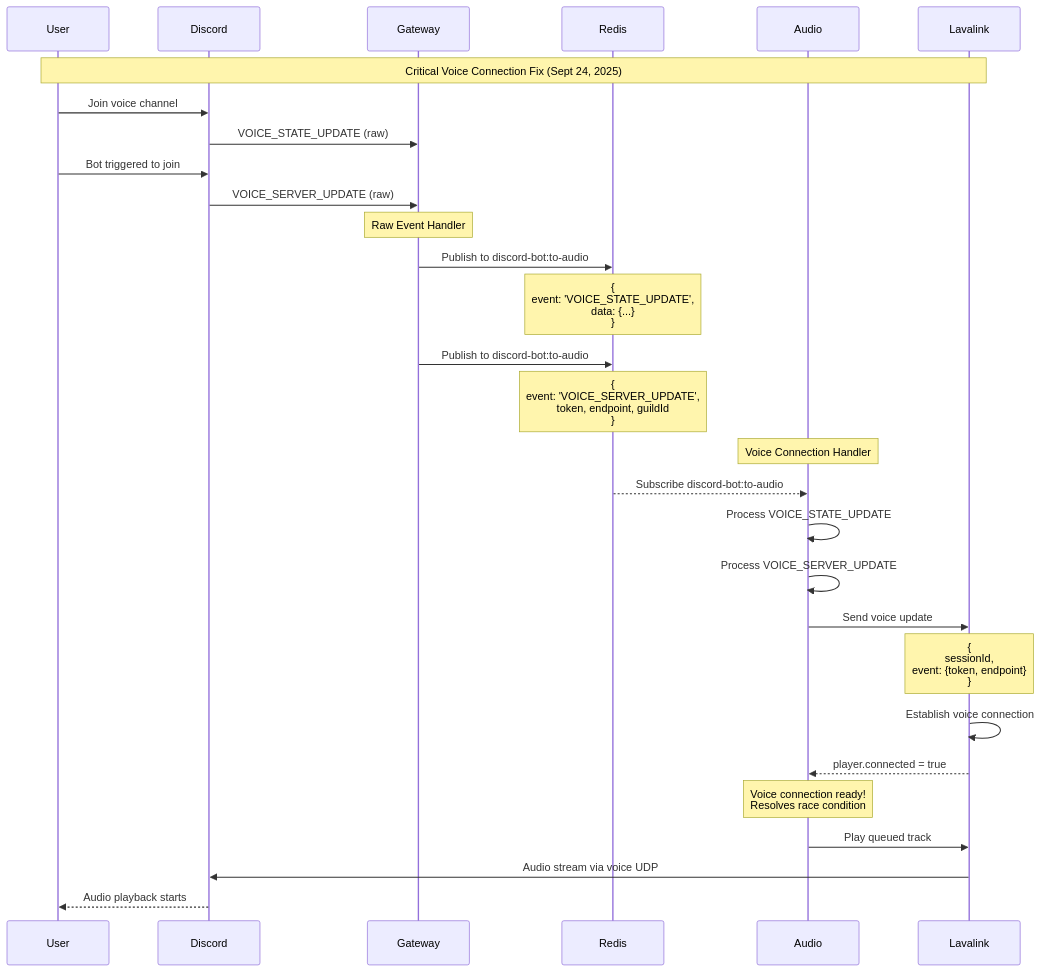
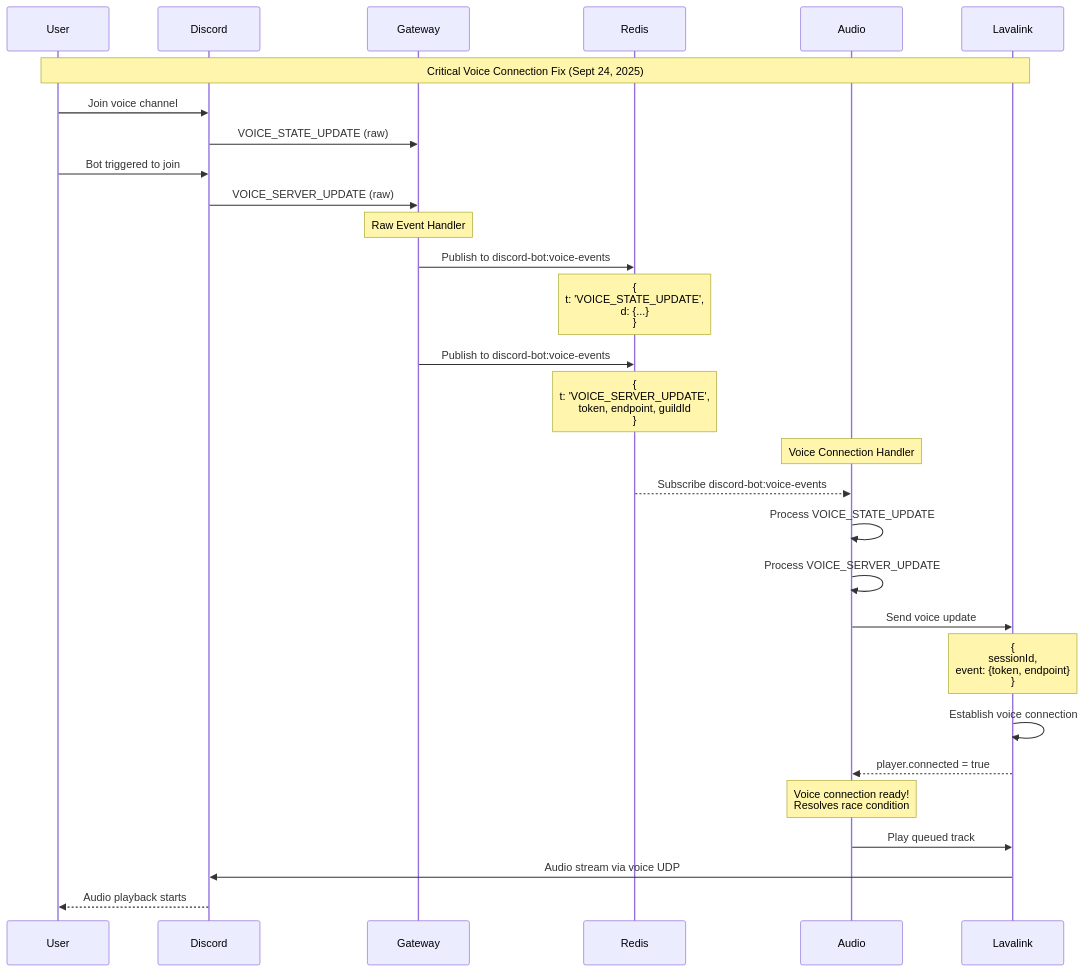
Before and after one commit to Lucascis/discord_bot: the second of 7 diagrams in docs/architecture/diagrams/data-flow.md, drawn with Mermaid. The commit also changed other lines of this file and 135 other files, not shown here.

First line of the commit message:
Stabilize platform modules and remove commercial plan flows

````diff
--- a/docs/architecture/diagrams/data-flow.md
+++ b/docs/architecture/diagrams/data-flow.md
@@ -103,44 +103,44 @@
 ```mermaid
 sequenceDiagram
     participant User
     participant Discord
     participant Gateway
     participant Redis
     participant Audio
     participant Lavalink
 
     Note over User,Lavalink: Critical Voice Connection Fix (Sept 24, 2025)
 
     User->>Discord: Join voice channel
     Discord->>Gateway: VOICE_STATE_UPDATE (raw)
 
     User->>Discord: Bot triggered to join
     Discord->>Gateway: VOICE_SERVER_UPDATE (raw)
 
     Note over Gateway: Raw Event Handler
 
-    Gateway->>Redis: Publish to discord-bot:to-audio
-    Note over Redis: {<br/>event: 'VOICE_STATE_UPDATE',<br/>data: {...}<br/>}
+    Gateway->>Redis: Publish to discord-bot:voice-events
+    Note over Redis: {<br/>t: 'VOICE_STATE_UPDATE',<br/>d: {...}<br/>}
 
-    Gateway->>Redis: Publish to discord-bot:to-audio
-    Note over Redis: {<br/>event: 'VOICE_SERVER_UPDATE',<br/>token, endpoint, guildId<br/>}
+    Gateway->>Redis: Publish to discord-bot:voice-events
+    Note over Redis: {<br/>t: 'VOICE_SERVER_UPDATE',<br/>token, endpoint, guildId<br/>}
 
     Note over Audio: Voice Connection Handler
 
-    Redis-->>Audio: Subscribe discord-bot:to-audio
+    Redis-->>Audio: Subscribe discord-bot:voice-events
     Audio->>Audio: Process VOICE_STATE_UPDATE
     Audio->>Audio: Process VOICE_SERVER_UPDATE
 
     Audio->>Lavalink: Send voice update
     Note over Lavalink: {<br/>sessionId,<br/>event: {token, endpoint}<br/>}
 
     Lavalink->>Lavalink: Establish voice connection
     Lavalink-->>Audio: player.connected = true
 
     Note over Audio: Voice connection ready!<br/>Resolves race condition
 
     Audio->>Lavalink: Play queued track
     Lavalink->>Discord: Audio stream via voice UDP
 
     Discord-->>User: Audio playback starts
 ```
````
